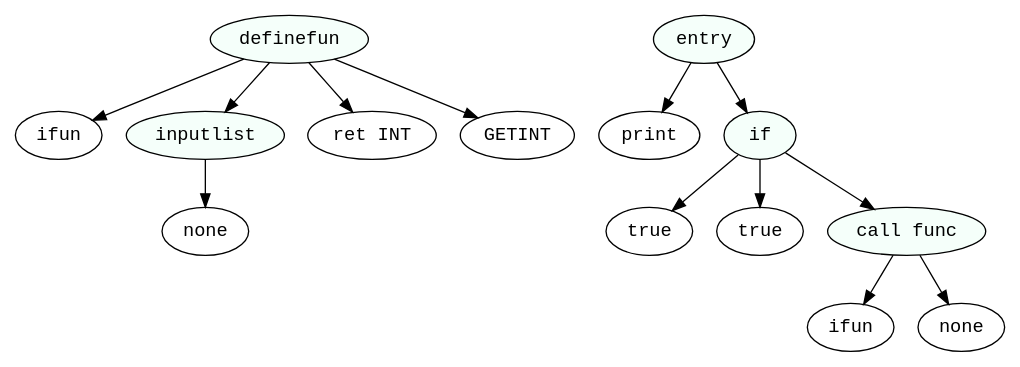
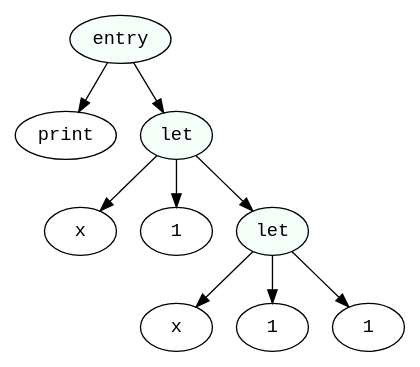
Before and after one commit to JasonYang60/COP5621: the diagram in ast.dot, drawn with Graphviz. The commit also changed 4 other files, not shown here.

```diff
--- a/ast.dot
+++ b/ast.dot
@@ -1,28 +1,19 @@
 digraph print {
- 1 [label="ifun", fontname="monospace"];
- 2 [label="none", fontname="monospace"];
- 3 [label="inputlist", fontname="monospace", style=filled, fillcolor=mintcream];
- 3->2
- 4 [label="ret INT", fontname="monospace"];
- 5 [label="GETINT", fontname="monospace"];
- 6 [label="definefun", fontname="monospace", style=filled, fillcolor=mintcream];
- 6->1
- 6->3
- 6->4
- 6->5
- 7 [label="print", fontname="monospace"];
- 8 [label="true", fontname="monospace"];
- 9 [label="true", fontname="monospace"];
- 10 [label="ifun", fontname="monospace"];
- 11 [label="none", fontname="monospace"];
- 12 [label="call func", fontname="monospace", style=filled, fillcolor=mintcream];
- 12->10
- 12->11
- 13 [label="if", fontname="monospace", style=filled, fillcolor=mintcream];
- 13->8
- 13->9
- 13->12
- 14 [label="entry", fontname="monospace", style=filled, fillcolor=mintcream];
- 14->7
- 14->13
+ 1 [label="print", fontname="monospace"];
+ 2 [label="x", fontname="monospace"];
+ 3 [label="1", fontname="monospace"];
+ 4 [label="x", fontname="monospace"];
+ 5 [label="1", fontname="monospace"];
+ 6 [label="1", fontname="monospace"];
+ 7 [label="let", fontname="monospace", style=filled, fillcolor=mintcream];
+ 7->4
+ 7->5
+ 7->6
+ 8 [label="let", fontname="monospace", style=filled, fillcolor=mintcream];
+ 8->2
+ 8->3
+ 8->7
+ 9 [label="entry", fontname="monospace", style=filled, fillcolor=mintcream];
+ 9->1
+ 9->8
  }
```
